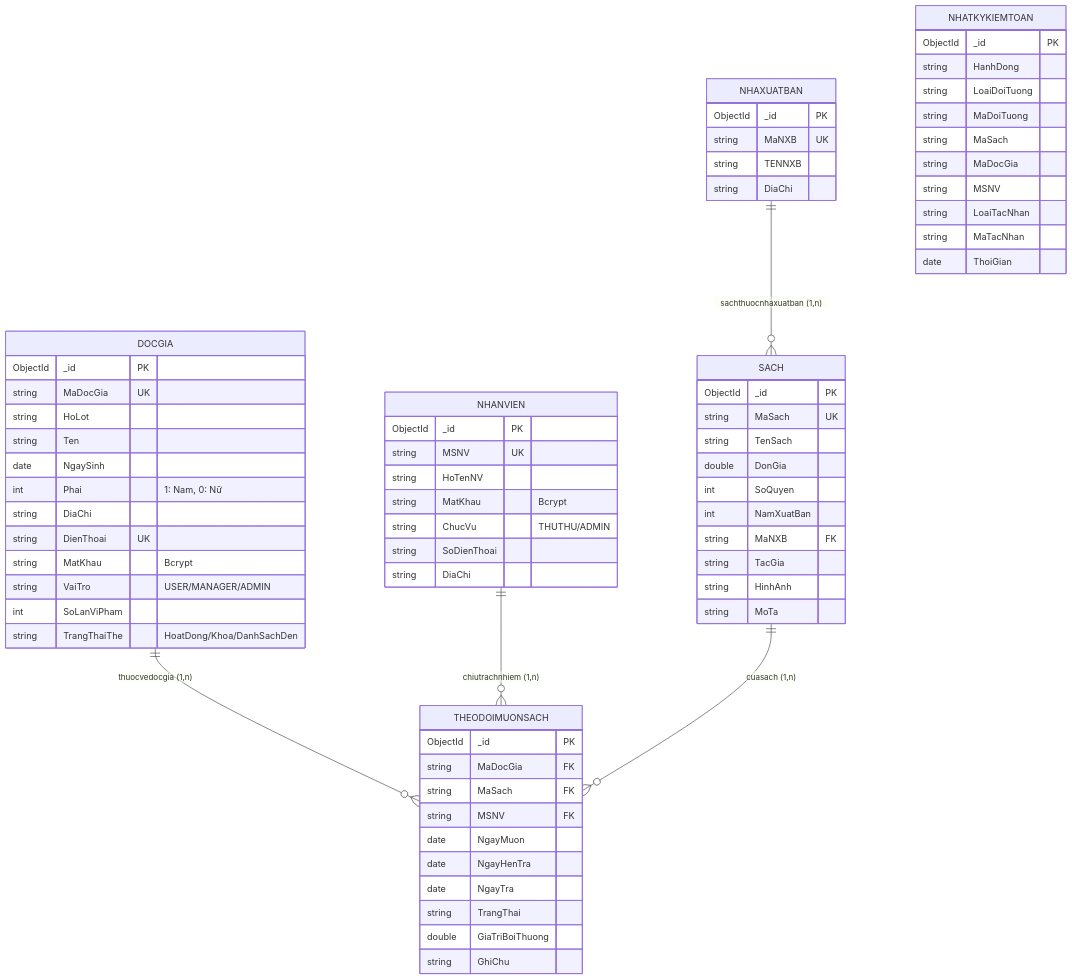
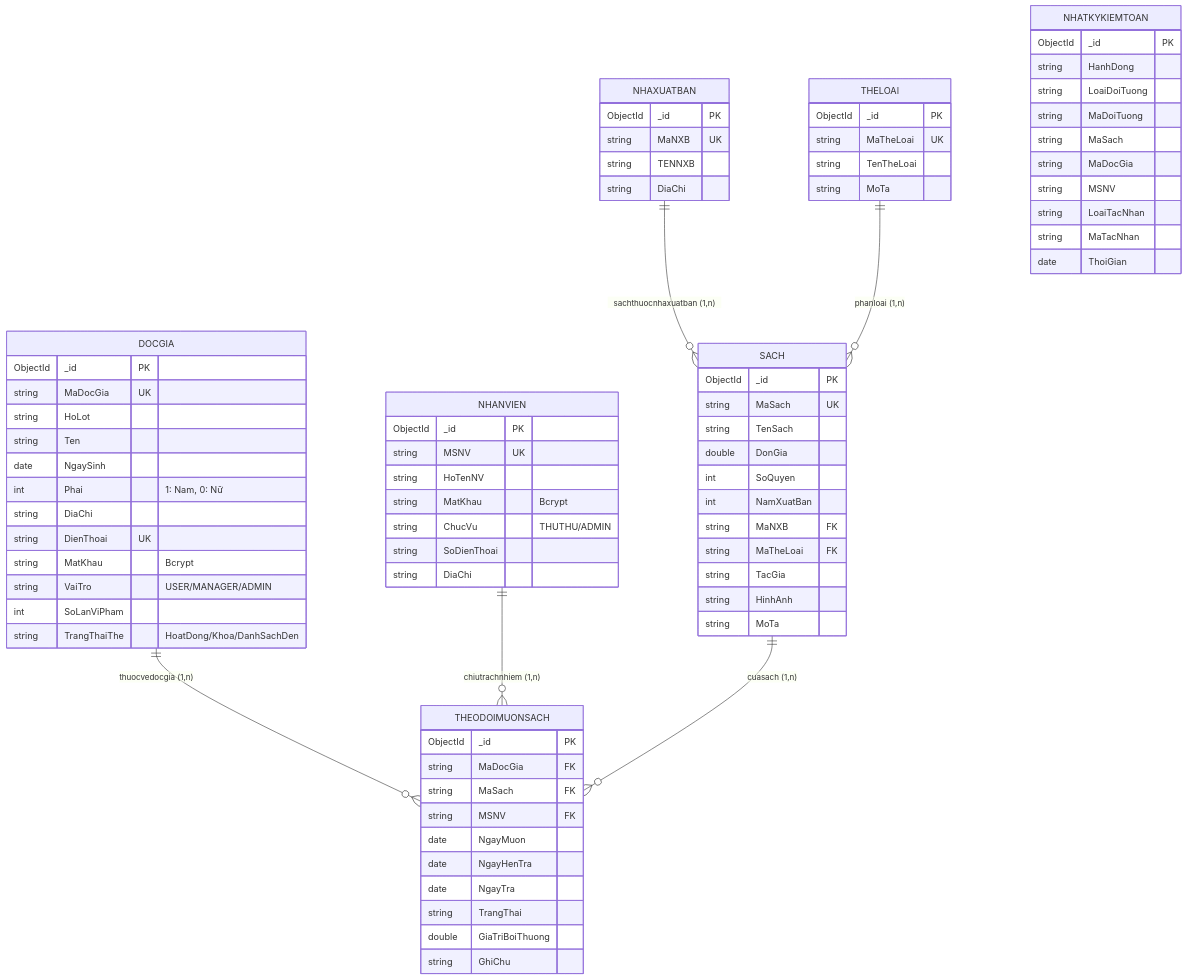
Before and after one commit to TranAnhVu2005/B2306603_Tran_Anh_Vu_Manage_Book_At_Library: the diagram in docs/02_DATABASE.md, drawn with Mermaid. The commit also changed other lines of this file and 21 other files, not shown here.

```diff
--- a/docs/02_DATABASE.md
+++ b/docs/02_DATABASE.md
@@ -179,6 +199,7 @@
     NHANVIEN ||--o{ THEODOIMUONSACH : "chiutrachnhiem (1,n)"
     SACH ||--o{ THEODOIMUONSACH : "cuasach (1,n)"
     NHAXUATBAN ||--o{ SACH : "sachthuocnhaxuatban (1,n)"
+    THELOAI ||--o{ SACH : "phanloai (1,n)"
 
     DOCGIA {
         ObjectId _id PK
@@ -213,6 +234,7 @@
         int SoQuyen
         int NamXuatBan
         string MaNXB FK
+        string MaTheLoai FK
         string TacGia
         string HinhAnh
         string MoTa
@@ -223,6 +245,13 @@
         string MaNXB UK
         string TENNXB
         string DiaChi
+    }
+
+    THELOAI {
+        ObjectId _id PK
+        string MaTheLoai UK
+        string TenTheLoai
+        string MoTa
     }
 
     THEODOIMUONSACH {
```
